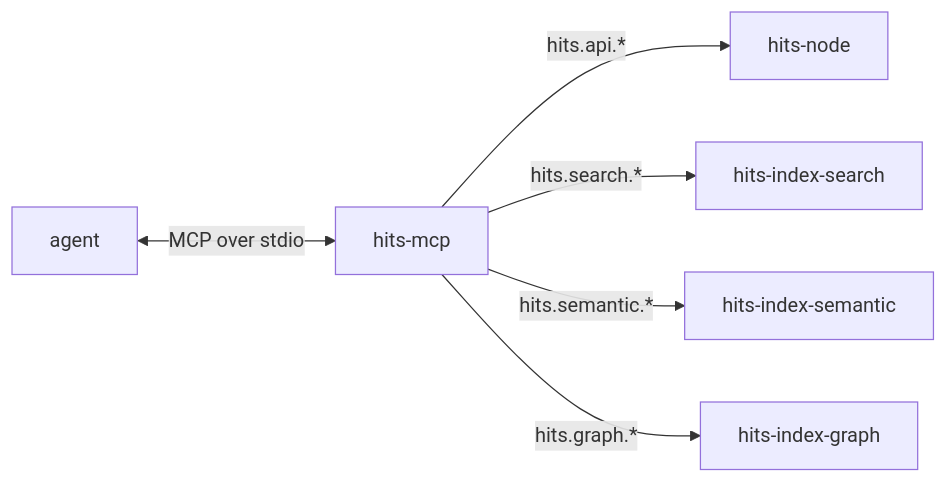
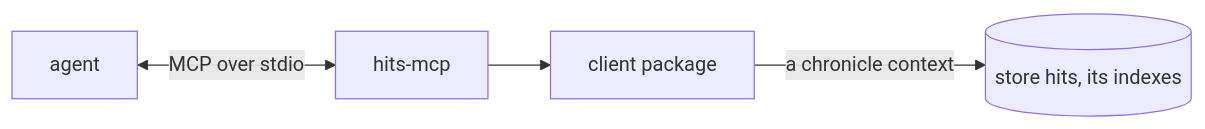
Before and after one commit to impire-io/hits-hq: the diagram in 02-DESIGN/mcp-server.md, drawn with Mermaid. The commit also changed other lines of this file and 16 other files, not shown here.

Commit message:
Research 005 graduates: decisions 0020–0022 — the store, the client, where HITS runs and the cutover; designs the-store, the-client, the-cutover; item-model and mcp-server amended; ops-log, services, hits-up, idp-auth retired; the postures restated (005-hits-on-chronicle)

````diff
--- a/02-DESIGN/mcp-server.md
+++ b/02-DESIGN/mcp-server.md
@@ -20,8 +25,6 @@
 ```mermaid
 flowchart LR
     A[agent] <-->|MCP over stdio| M[hits-mcp]
-    M -->|hits.api.*| N[hits-node]
-    M -->|hits.search.*| S[hits-index-search]
-    M -->|hits.semantic.*| E[hits-index-semantic]
-    M -->|hits.graph.*| G[hits-index-graph]
+    M --> C[client package]
+    C -->|a chronicle context| S[(store hits, its indexes)]
 ```
````
